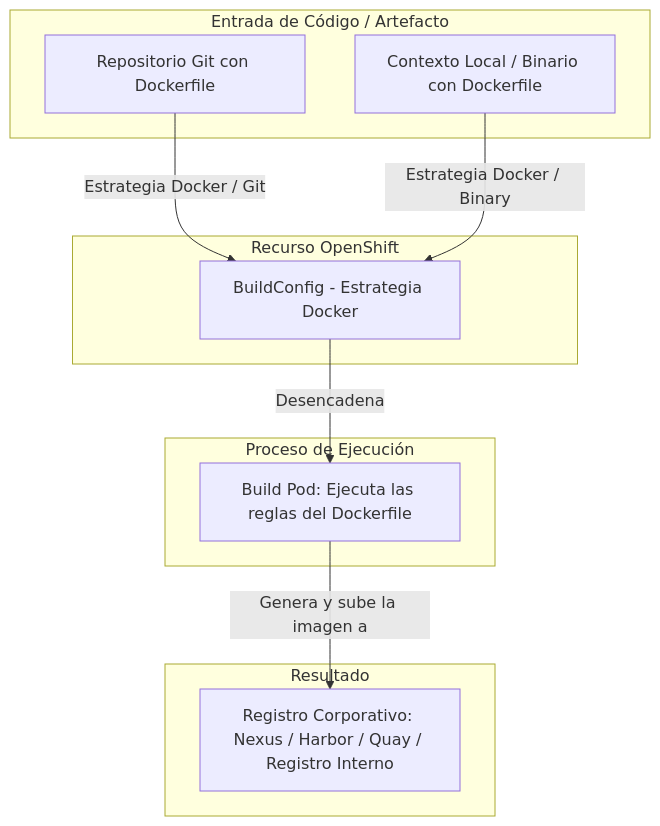
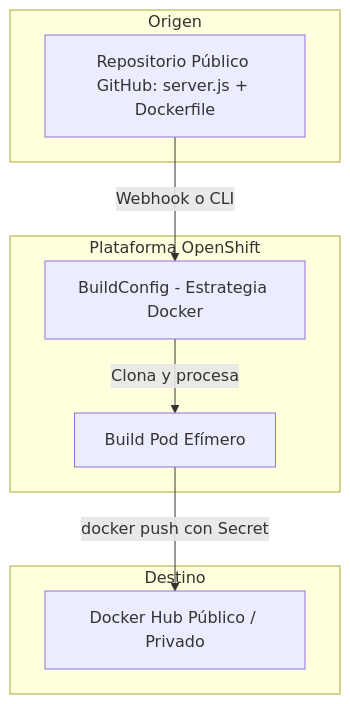
The second of 2 diagrams in docs/sesion4/4.5 Construir en la plataforma.md (ieftraining/curso-openshift), drawn with Mermaid before and after one commit. The commit also changed other lines of this file, not shown here.

````diff
--- a/docs/sesion4/4.5 Construir en la plataforma.md
+++ b/docs/sesion4/4.5 Construir en la plataforma.md
@@ -52,25 +46,16 @@
 ```mermaid
 flowchart TD
-    subgraph Entrada de Código / Artefacto
-        A[Repositorio Git con Dockerfile] 
-        B[Contexto Local / Binario con Dockerfile]
+    subgraph Origen
+        GH[Repositorio Público GitHub: server.js + Dockerfile]
     end
 
-    subgraph Recurso OpenShift
-        BC[BuildConfig - Estrategia Docker]
+    subgraph Plataforma OpenShift
+        BC[BuildConfig - Estrategia Docker] -->|Clona y procesa| BP[Build Pod Efímero]
     end
 
-    subgraph Proceso de Ejecución
-        Build[Build Pod: Ejecuta las reglas del Dockerfile]
+    subgraph Destino
+        BP -->|docker push con Secret| DH[Docker Hub Público / Privado]
     end
 
-    subgraph Resultado
-        RegCorp[Registro Corporativo: Nexus / Harbor / Quay / Registro Interno]
-    end
-
-    A -->|Estrategia Docker / Git| BC
-    B -->|Estrategia Docker / Binary| BC
-
-    BC -->|Desencadena| Build
-    Build -->|Genera y sube la imagen a| RegCorp
+    GH -->|Webhook o CLI| BC
 ```
````
